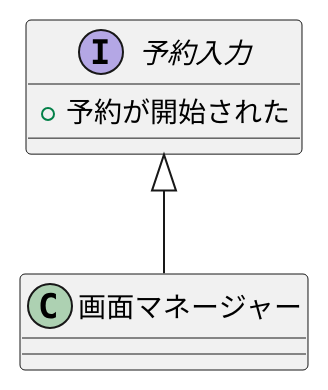
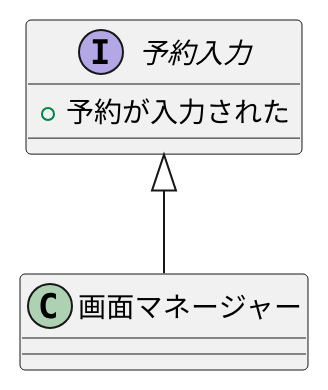
One commit to tsushima0612/- changed the diagram in 例題3-1_予約入力インターフェース.pu. Above: the diagram before and after it, drawn with PlantUML.

Commit message:
提出用

```diff
--- a/例題3-1_予約入力インターフェース.pu
+++ b/例題3-1_予約入力インターフェース.pu
@@ -1,10 +1,10 @@
 @startuml 例題3-1_予約入力インターフェース
 
 interface 予約入力{
-+ 予約が開始された
++ 予約が入力された
 }
 
 class   画面マネージャー{
 }
 予約入力 <|-- 画面マネージャー
 @enduml
```
